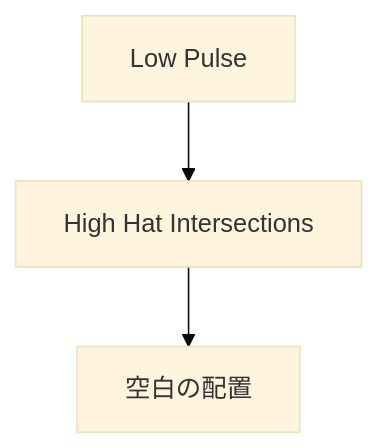
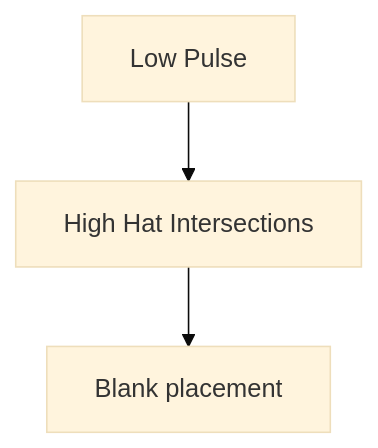
One commit to monumental-movement/monumental-movement.github.io changed the third of 7 diagrams in en/_posts/2025-10-24-column-plastikman-richie-hawtin.md. Above: the diagram before and after it, drawn with Mermaid (base theme). The commit also changed other lines of this file and 152 other files, not shown here.

```diff
--- a/en/_posts/2025-10-24-column-plastikman-richie-hawtin.md
+++ b/en/_posts/2025-10-24-column-plastikman-richie-hawtin.md
@@ -215,7 +215,7 @@
 <div class="mermaid">
 
 graph TD
     A[Low Pulse] --> B[High Hat Intersections]
-    B --> C[空白の配置]
+    B --> C[Blank placement]
 
 </div>
```
